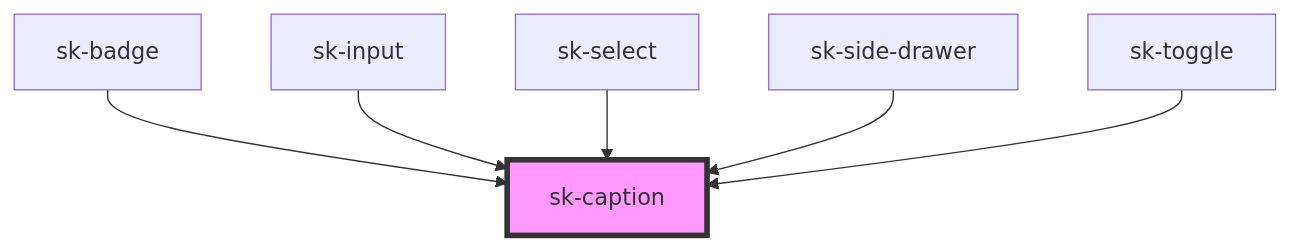
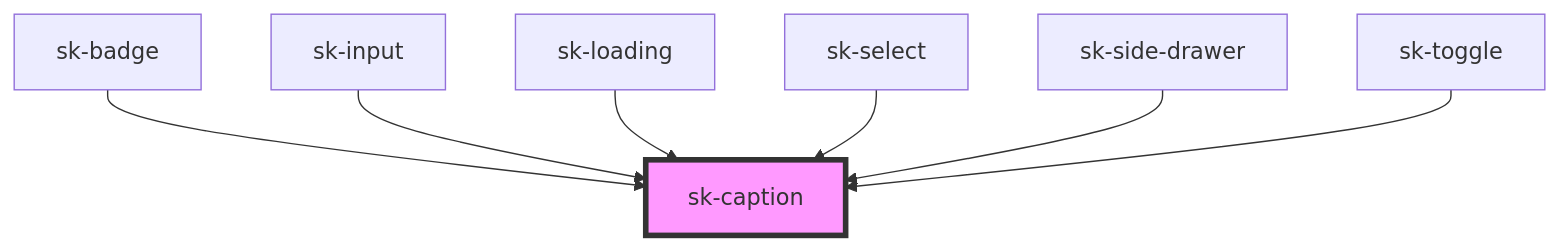
One commit to shincke/sk-toolkit changed the diagram in web-components-stencil/src/components/sk-caption/readme.md. Above: the diagram before and after it, drawn with Mermaid. The commit also changed other lines of this file and 12 other files, not shown here.

````diff
--- a/web-components-stencil/src/components/sk-caption/readme.md
+++ b/web-components-stencil/src/components/sk-caption/readme.md
@@ -26,9 +27,10 @@
 ```mermaid
 graph TD;
   sk-badge --> sk-caption
   sk-input --> sk-caption
+  sk-loading --> sk-caption
   sk-select --> sk-caption
   sk-side-drawer --> sk-caption
   sk-toggle --> sk-caption
   style sk-caption fill:#f9f,stroke:#333,stroke-width:4px
 ```
````
